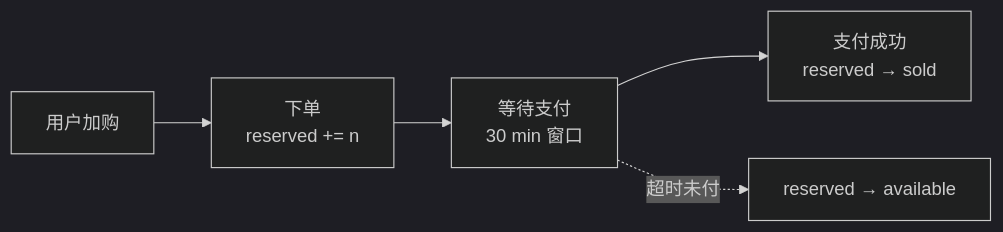
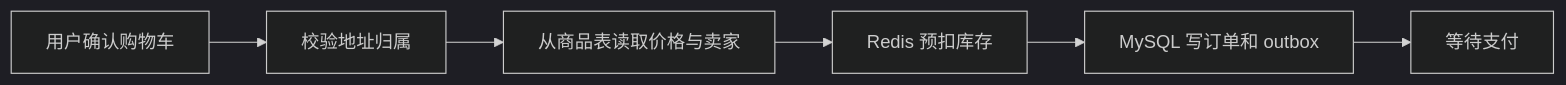
Before and after one commit to RedInn7/gomall: the first of 2 diagrams in docs/lecture/04-cart-to-order.md, drawn with Mermaid (dark theme). The commit also changed other lines of this file and 2 other files, not shown here.

````diff
--- a/docs/lecture/04-cart-to-order.md
+++ b/docs/lecture/04-cart-to-order.md
@@ -229,7 +39,8 @@
 ```mermaid
 flowchart LR
-    u[用户加购] --> c["下单<br/>reserved += n"]
-    c --> w["等待支付<br/>30 min 窗口"]
-    w --> p["支付成功<br/>reserved → sold"]
-    w -.超时未付.-> t["reserved → available"]
+    U["用户确认购物车"] --> A["校验地址归属"]
+    A --> P["从商品表读取价格与卖家"]
+    P --> R["Redis 预扣库存"]
+    R --> T["MySQL 写订单和 outbox"]
+    T --> W["等待支付"]
 ```
````
